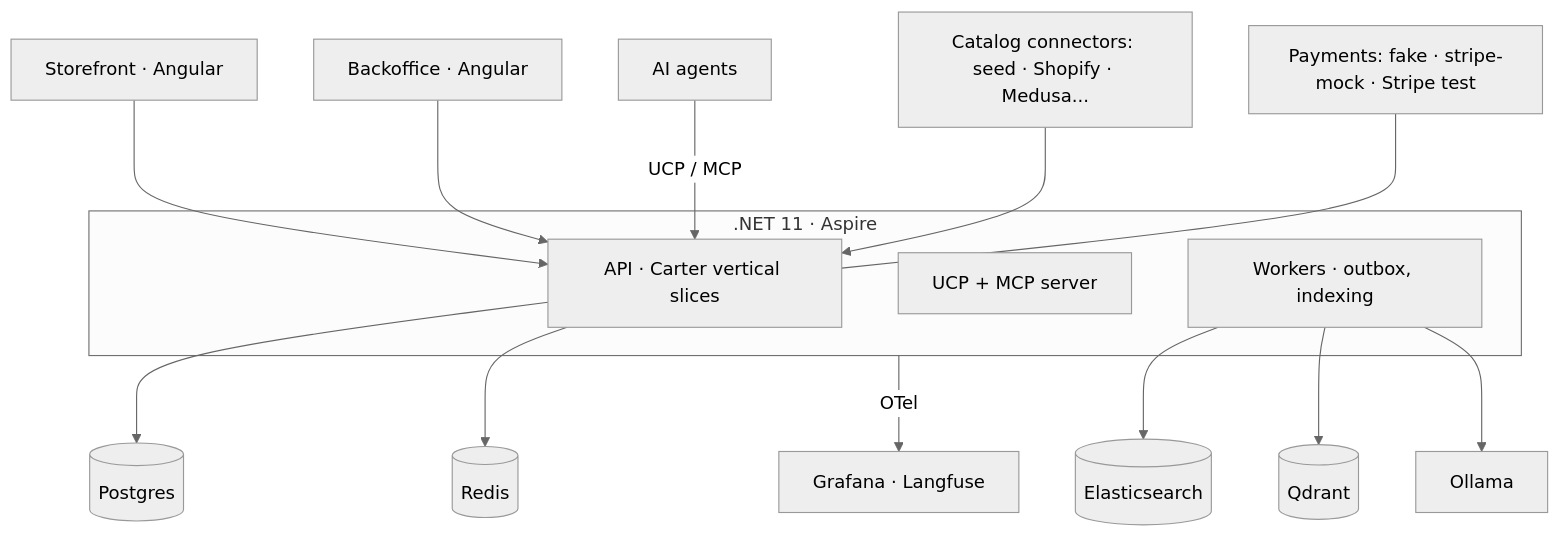
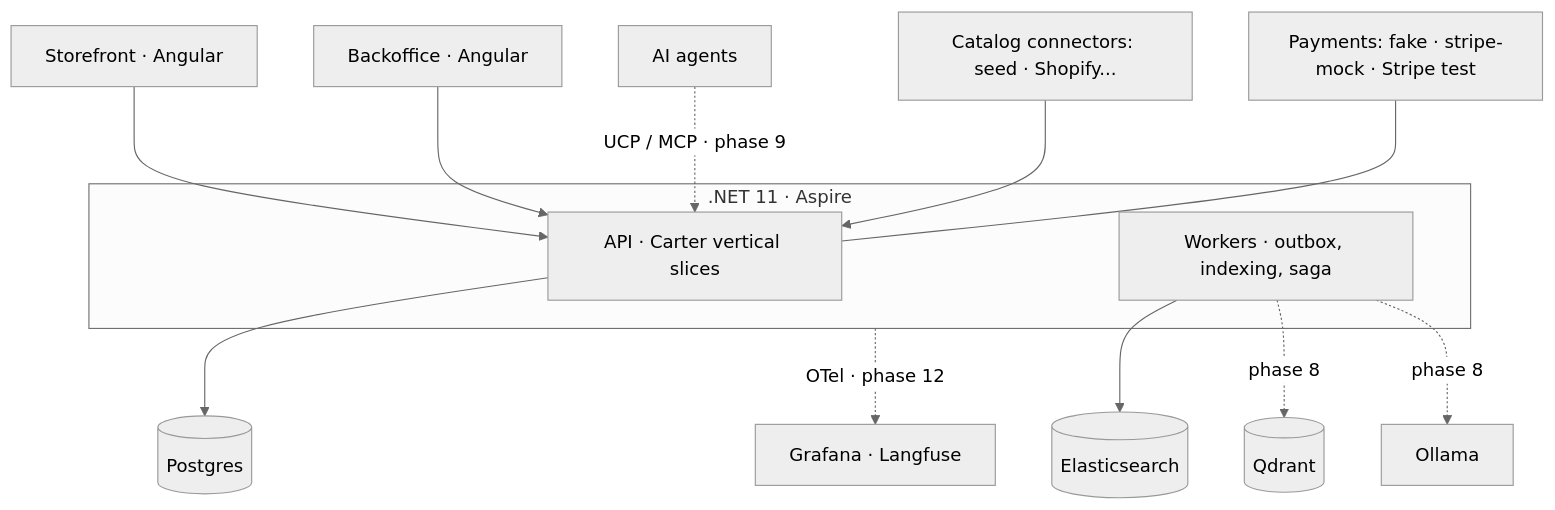
The diagram in README.md (juanluelguerre/tendero), drawn with Mermaid (neutral theme) before and after one commit. The commit also changed other lines of this file, not shown here.

````diff
--- a/README.md
+++ b/README.md
@@ -33,19 +53,17 @@
 ```mermaid
 flowchart TB
     SF[Storefront · Angular] --> API
     BO[Backoffice · Angular] --> API
-    AG[AI agents] -->|UCP / MCP| API
+    AG[AI agents] -.->|UCP / MCP · phase 9| API
     subgraph Backend [.NET 11 · Aspire]
         API[API · Carter vertical slices]
-        UCP[UCP + MCP server]
-        WK[Workers · outbox, indexing]
+        WK[Workers · outbox, indexing, saga]
     end
     API --> PG[(Postgres)]
     WK --> ES[(Elasticsearch)]
-    WK --> QD[(Qdrant)]
-    API --> RD[(Redis)]
-    WK --> OL[Ollama]
-    Backend -->|OTel| OBS[Grafana · Langfuse]
-    EXT[Catalog connectors: seed · Shopify · Medusa...] --> API
+    WK -.->|phase 8| QD[(Qdrant)]
+    WK -.->|phase 8| OL[Ollama]
+    Backend -.->|OTel · phase 12| OBS[Grafana · Langfuse]
+    EXT[Catalog connectors: seed · Shopify...] --> API
     PAY[Payments: fake · stripe-mock · Stripe test] --- API
 ```
````
